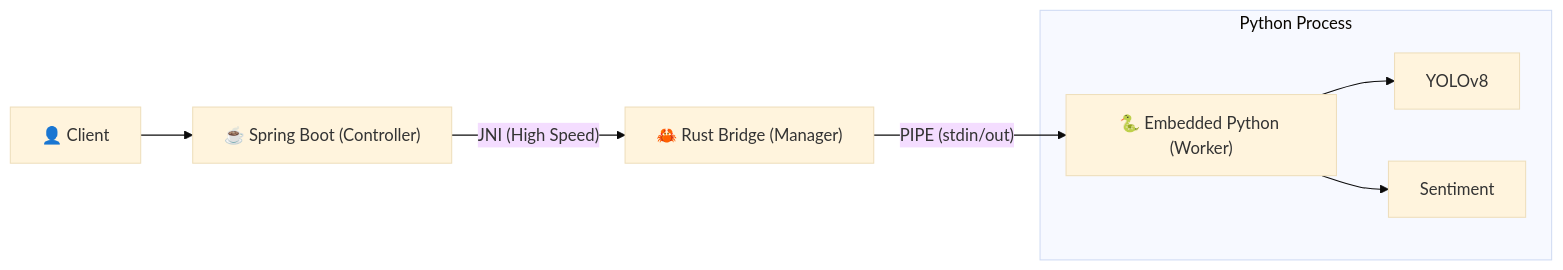
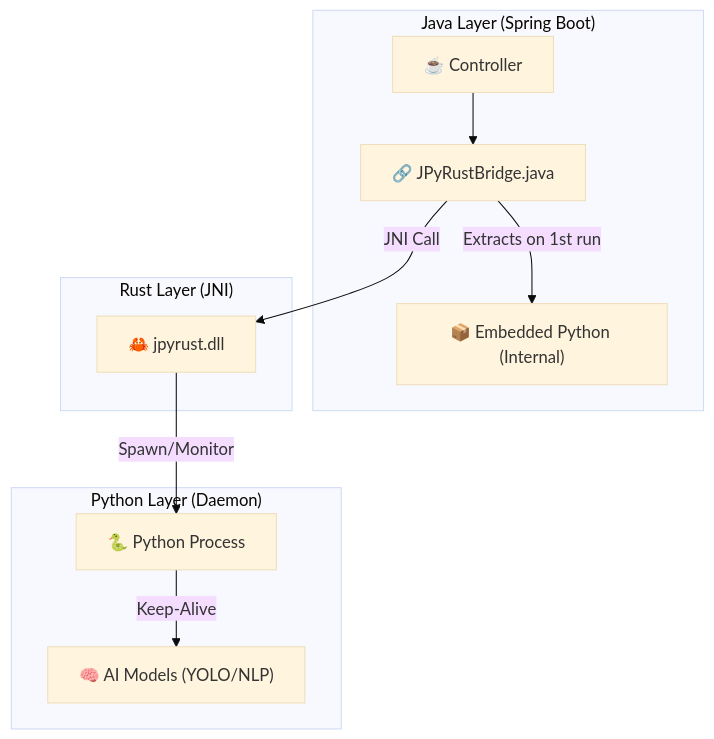
The diagram in README.md (farmer0010/JPyRust), drawn with Mermaid (base theme) before and after one commit. The commit also changed other lines of this file and 1 other file, not shown here.

Commit message:
Docs: Update README with accurate Embedded Python & project structure details

````diff
--- a/README.md
+++ b/README.md
@@ -47,11 +49,23 @@
 ```mermaid
-graph LR
-    User["👤 Client"] --> Boot["☕ Spring Boot (Controller)"]
-    Boot -- "JNI (High Speed)" --> Rust["🦀 Rust Bridge (Manager)"]
-    Rust -- "PIPE (stdin/out)" --> Python["🐍 Embedded Python (Worker)"]
-    
-    subgraph "Python Process"
-        Python --> Model1["YOLOv8"]
-        Python --> Model2["Sentiment"]
+graph TD
+    subgraph "Java Layer (Spring Boot)"
+        Controller["☕ Controller"]
+        JavaBridge["🔗 JPyRustBridge.java"]
+        Dist["📦 Embedded Python (Internal)"]
     end
+
+    subgraph "Rust Layer (JNI)"
+        RustBridge["🦀 jpyrust.dll"]
+    end
+
+    subgraph "Python Layer (Daemon)"
+        Daemon["🐍 Python Process"]
+        Models["🧠 AI Models (YOLO/NLP)"]
+    end
+
+    Controller --> JavaBridge
+    JavaBridge -- "Extracts on 1st run" --> Dist
+    JavaBridge -- "JNI Call" --> RustBridge
+    RustBridge -- "Spawn/Monitor" --> Daemon
+    Daemon -- "Keep-Alive" --> Models
 ```
````
